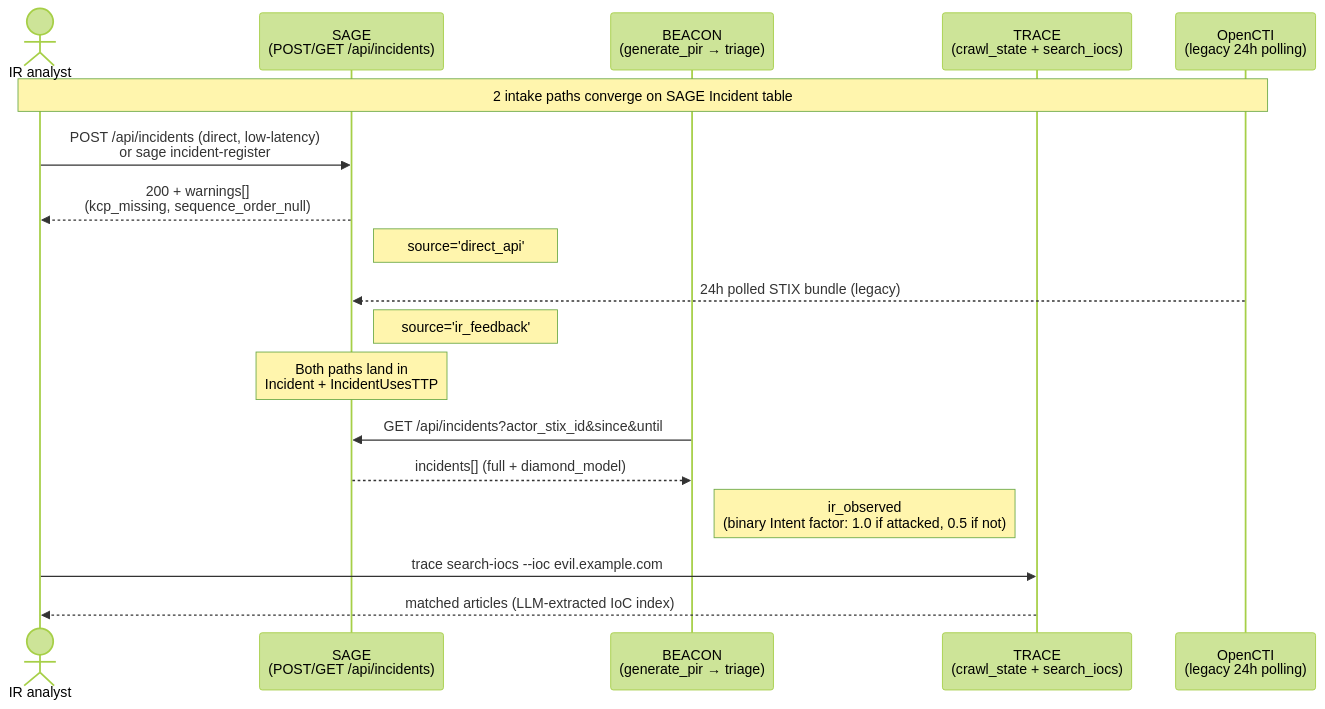
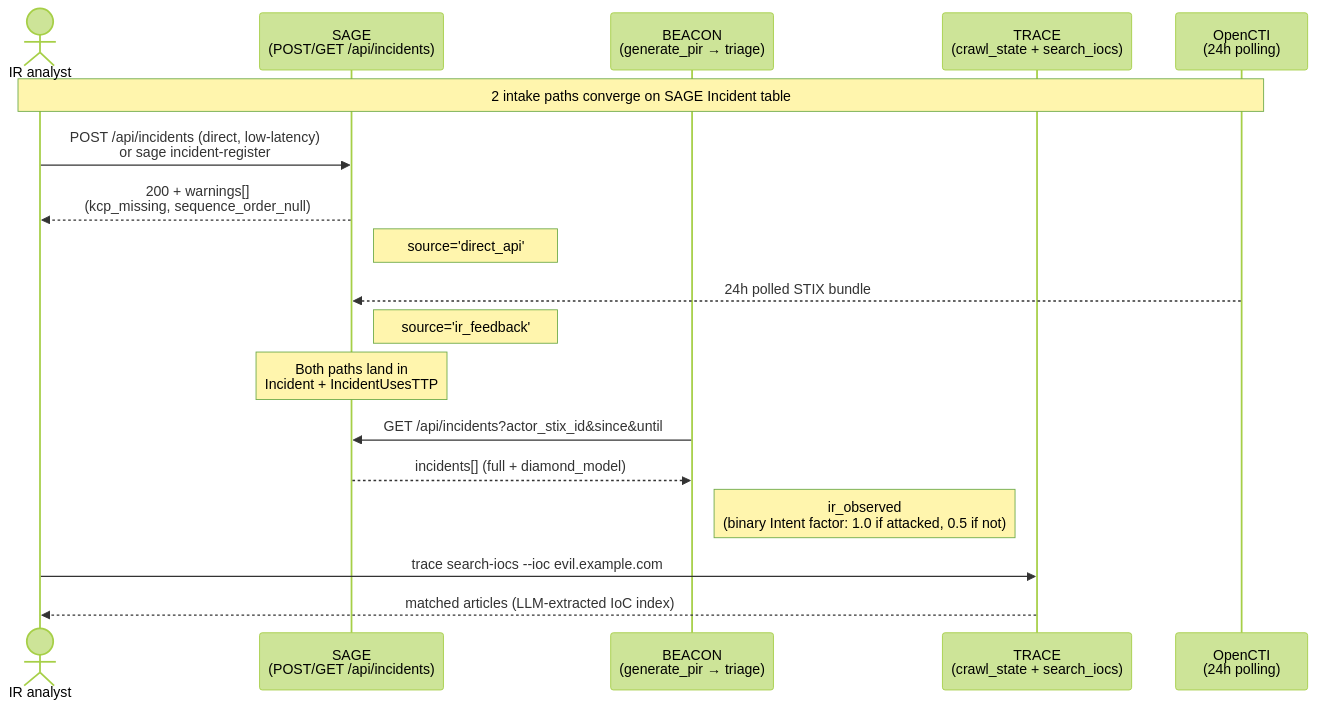
One commit to sw33t-b1u/sage changed the diagram in docs/ir-feedback-flow.md. Above: the diagram before and after it, drawn with Mermaid (forest theme). The commit also changed other lines of this file and 11 other files, not shown here.

First line of the commit message:
docs: rewrite onboarding docs for first-time readers; fix stale ir-feedback-flow note

````diff
--- a/docs/ir-feedback-flow.md
+++ b/docs/ir-feedback-flow.md
@@ -17,26 +15,26 @@
 ```mermaid
 sequenceDiagram
     actor IR as IR analyst
     participant SAGE as SAGE<br/>(POST/GET /api/incidents)
     participant BEACON as BEACON<br/>(generate_pir → triage)
     participant TRACE as TRACE<br/>(crawl_state + search_iocs)
-    participant OpenCTI as OpenCTI<br/>(legacy 24h polling)
+    participant OpenCTI as OpenCTI<br/>(24h polling)
 
     Note over IR,OpenCTI: 2 intake paths converge on SAGE Incident table
 
     IR->>SAGE: POST /api/incidents (direct, low-latency)<br/>or sage incident-register
     SAGE-->>IR: 200 + warnings[]<br/>(kcp_missing, sequence_order_null)
     Note right of SAGE: source='direct_api'
 
-    OpenCTI-->>SAGE: 24h polled STIX bundle (legacy)
+    OpenCTI-->>SAGE: 24h polled STIX bundle
     Note right of SAGE: source='ir_feedback'
 
     Note over SAGE: Both paths land in<br/>Incident + IncidentUsesTTP
 
     BEACON->>SAGE: GET /api/incidents?actor_stix_id&since&until
     SAGE-->>BEACON: incidents[] (full + diamond_model)
     Note right of BEACON: ir_observed<br/>(binary Intent factor: 1.0 if attacked, 0.5 if not)
 
     IR->>TRACE: trace search-iocs --ioc evil.example.com
     TRACE-->>IR: matched articles (LLM-extracted IoC index)
 ```
````
